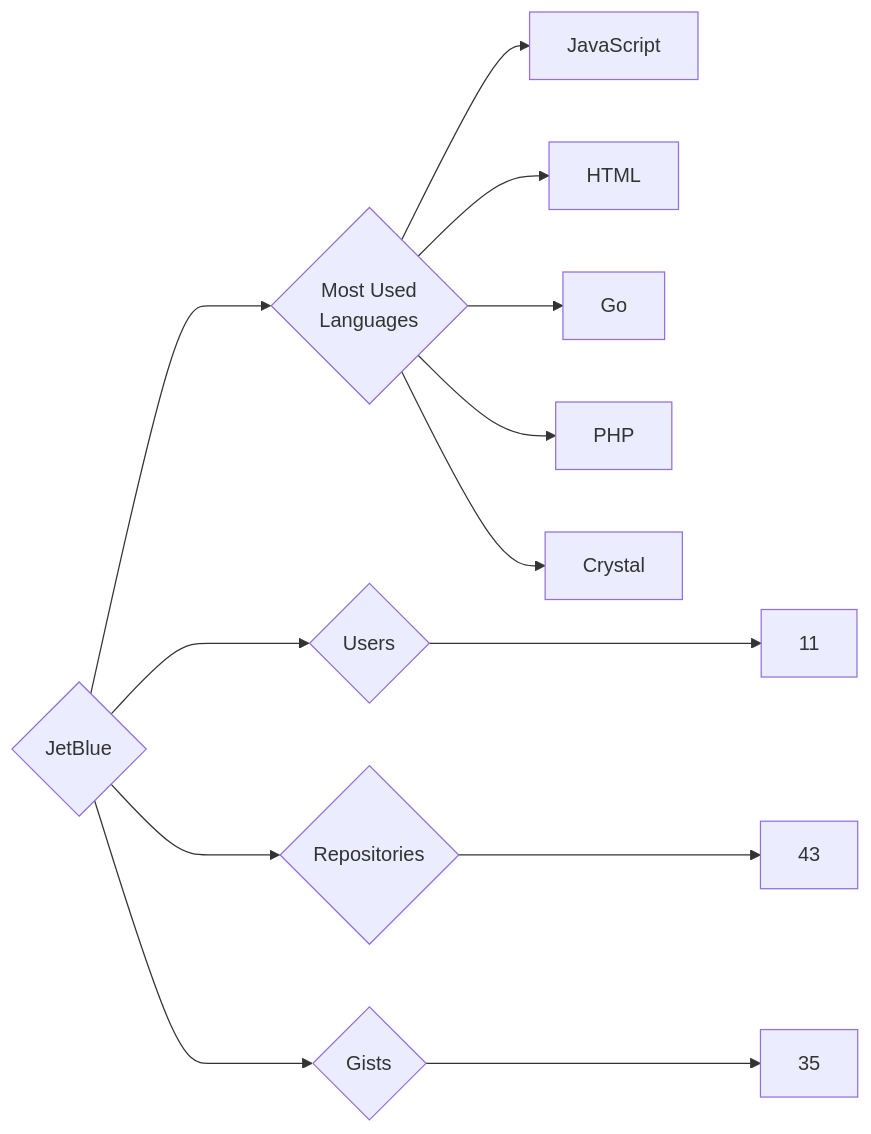
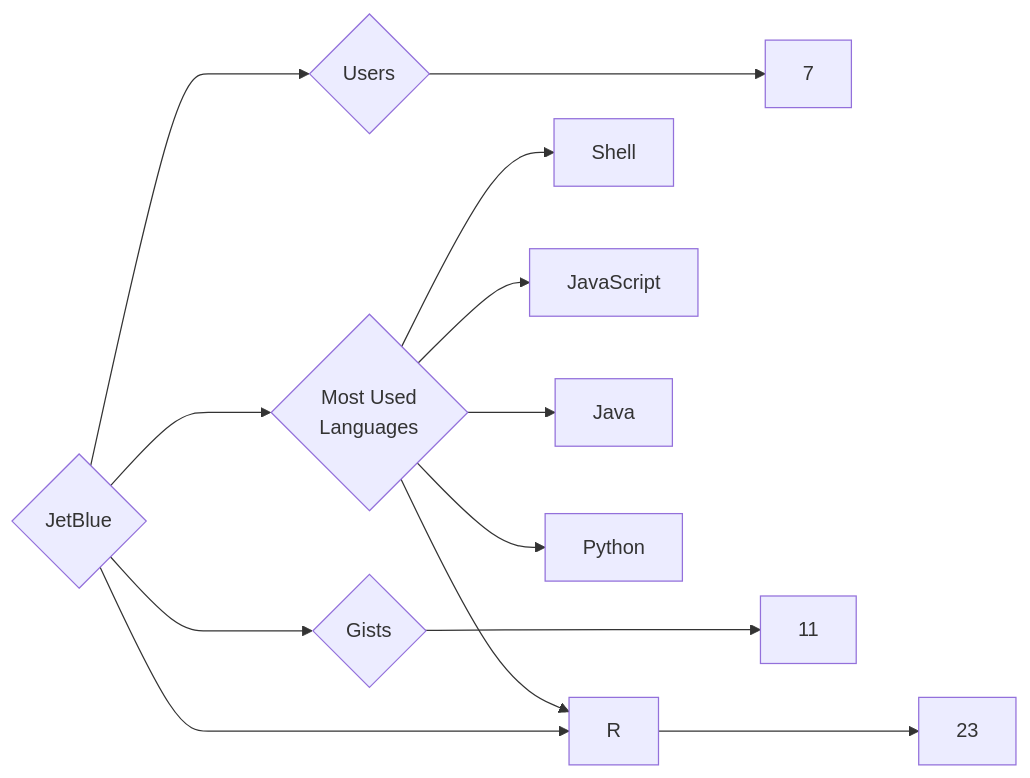
One commit to trickest/insiders changed the diagram in targets/JetBlue/README.md. Above: the diagram before and after it, drawn with Mermaid. The commit also changed 953 other files, not shown here.

````diff
--- a/targets/JetBlue/README.md
+++ b/targets/JetBlue/README.md
@@ -3,13 +3,13 @@
 ```mermaid
 graph LR
 COMPANY_NAME{JetBlue}
-COMPANY_NAME ---> U{Users} ---> UN[11]
-COMPANY_NAME ---> R{Repositories} ---> RN[43]
-COMPANY_NAME ---> G{Gists} ---> GN[35]
+COMPANY_NAME ---> U{Users} ---> UN[7]
+COMPANY_NAME ---> R{Repositories} ---> RN[23]
+COMPANY_NAME ---> G{Gists} ---> GN[11]
 COMPANY_NAME ---> ML{Most Used<br>Languages}
+ML --> Shell[Shell]
 ML --> JavaScript[JavaScript]
-ML --> HTML[HTML]
-ML --> Go[Go]
-ML --> PHP[PHP]
-ML --> Crystal[Crystal]
+ML --> Java[Java]
+ML --> R[R]
+ML --> Python[Python]
 ```
````
